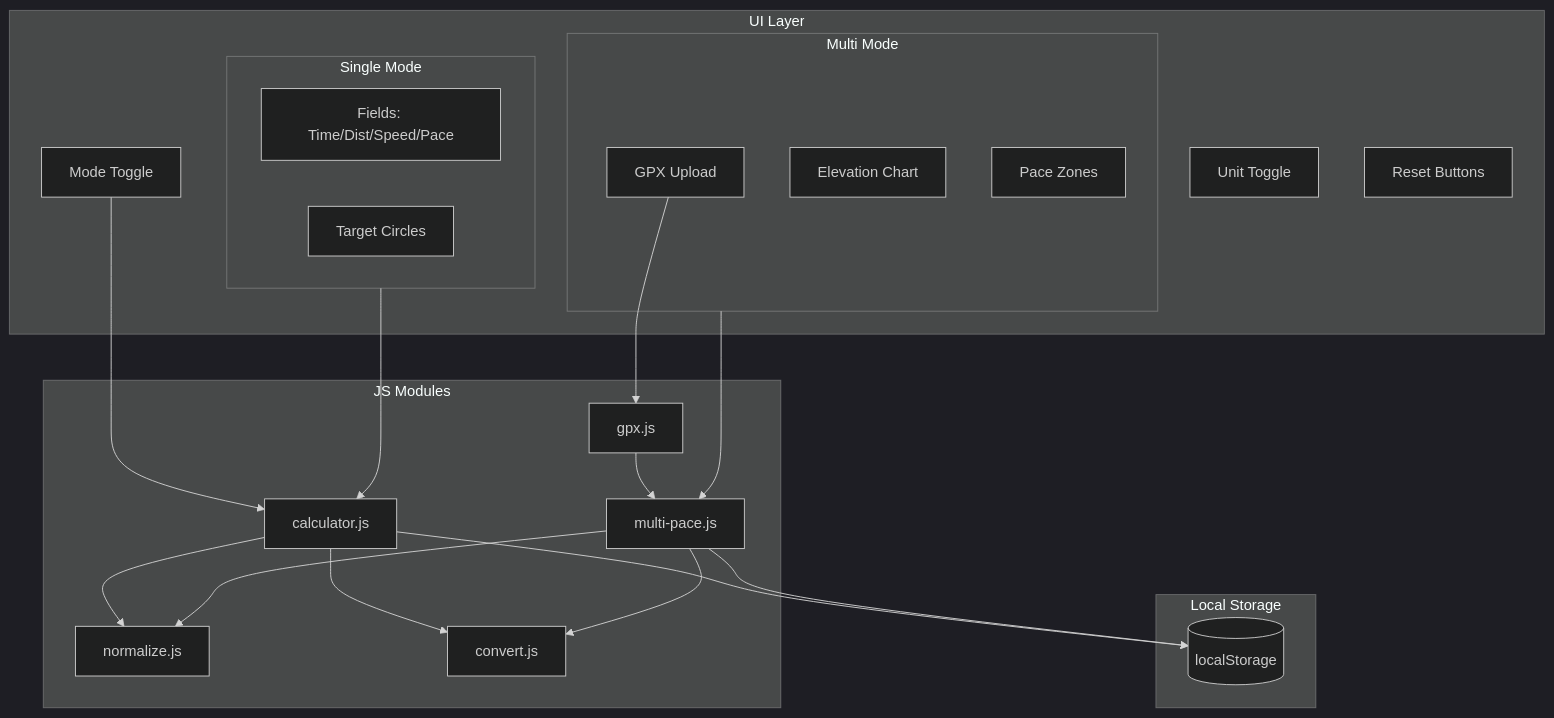
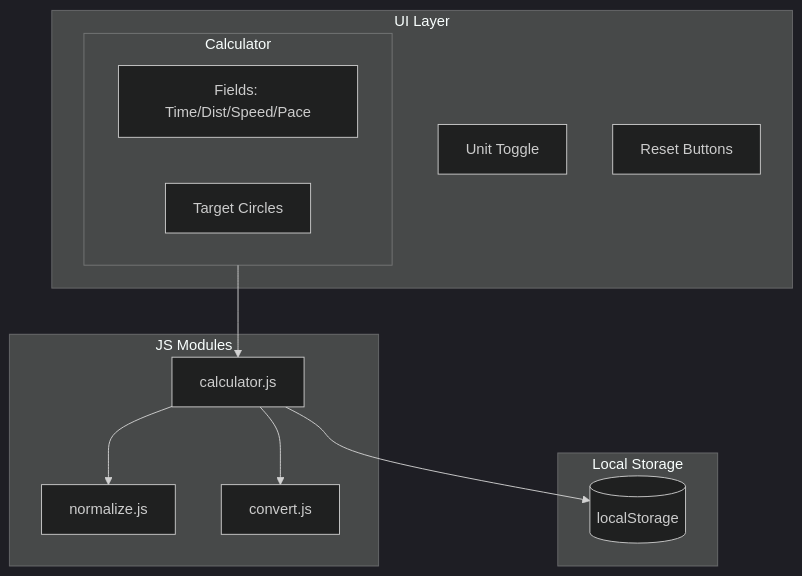
The diagram in README.md (habizak/DTS-Calc), drawn with Mermaid (dark theme) before and after one commit. The commit also changed other lines of this file and 11 other files, not shown here.

First line of the commit message:
Remove Multi mode (GPX route planner), keep Single (#19)

````diff
--- a/README.md
+++ b/README.md
@@ -36,41 +29,26 @@
 ```mermaid
 flowchart TB
     subgraph UI [UI Layer]
-        Mode[Mode Toggle]
-        subgraph SingleUI [Single Mode]
+        subgraph SingleUI [Calculator]
             Fields[Fields: Time/Dist/Speed/Pace]
             Circles[Target Circles]
-        end
-        subgraph MultiUI [Multi Mode]
-            Upload[GPX Upload]
-            Chart[Elevation Chart]
-            Zones[Pace Zones]
         end
         Toggles[Unit Toggle]
         Reset[Reset Buttons]
     end
 
     subgraph Logic [JS Modules]
         Calculator[calculator.js]
         Normalize[normalize.js]
         Convert[convert.js]
-        GPX[gpx.js]
-        Multi[multi-pace.js]
     end
 
     subgraph Storage [Local Storage]
         LS[(localStorage)]
     end
 
-    Mode --> Calculator
     SingleUI --> Calculator
-    MultiUI --> Multi
-    Upload --> GPX
-    GPX --> Multi
     Calculator --> Normalize
     Calculator --> Convert
-    Multi --> Convert
-    Multi --> Normalize
     Calculator --> LS
-    Multi --> LS
 ```
````
